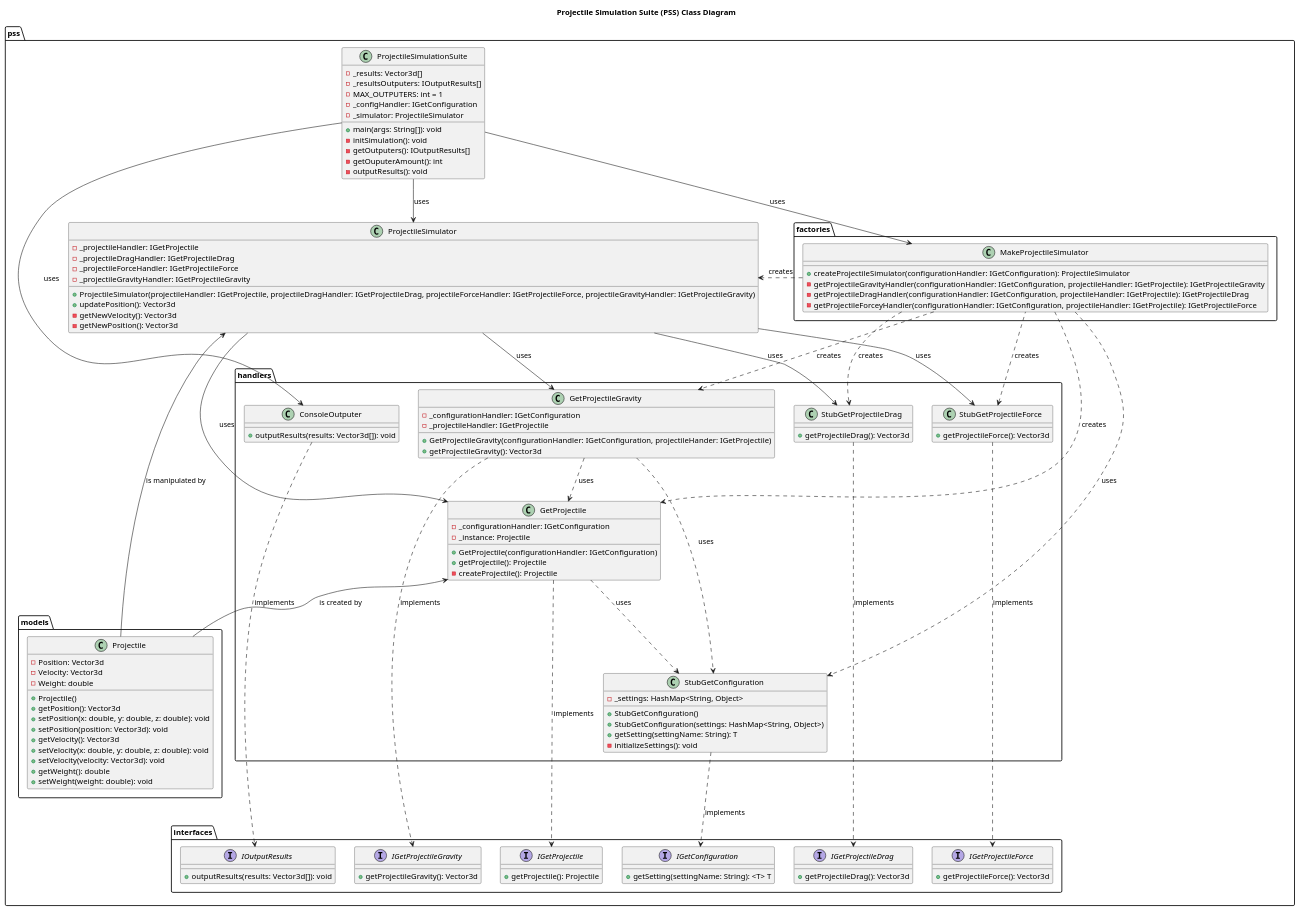
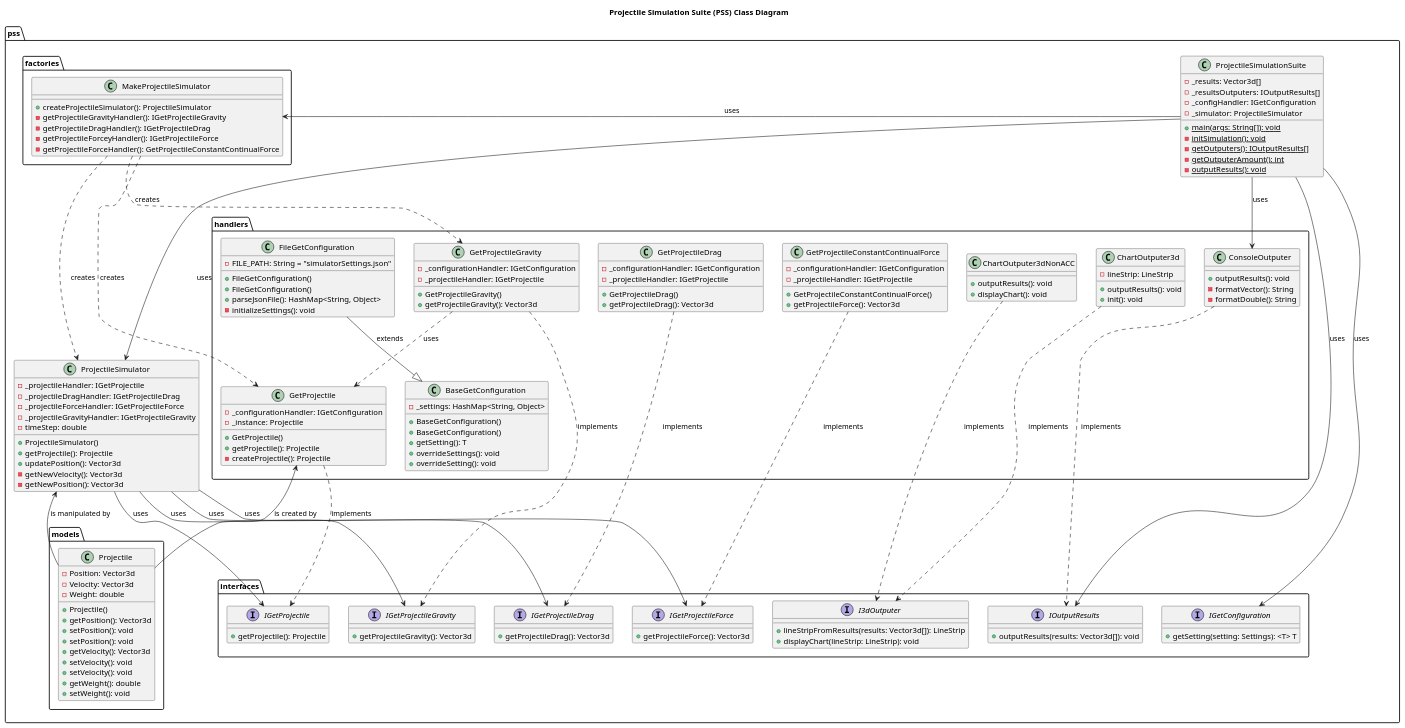
Before and after one commit to katanallama/projectile-simulation-suite: the eighth of 8 diagrams in docs/res/design.org, drawn with PlantUML. The commit also changed other lines of this file and 12 other files, not shown here.

```diff
--- a/docs/res/design.org
+++ b/docs/res/design.org
@@ -207,32 +348,7 @@
 #+begin_src plantuml :file suite.png
 @startuml
+
 title Projectile Simulation Suite (PSS) Class Diagram
-
-package pss.interfaces {
-    interface "IGetConfiguration" {
-        +getSetting(settingName: String): <T> T
-    }
-
-    interface "IGetProjectile" {
-        +getProjectile(): Projectile
-    }
-
-    interface "IGetProjectileDrag" {
-        +getProjectileDrag(): Vector3d
-    }
-
-    interface "IGetProjectileForce" {
-        +getProjectileForce(): Vector3d
-    }
-
-    interface "IGetProjectileGravity" {
-        +getProjectileGravity(): Vector3d
-    }
-
-    interface "IOutputResults" {
-        +outputResults(results: Vector3d[]): void
-    }
-}
 
 package pss.models {
     class "Projectile" as Projectile {
@@ -241,120 +357,188 @@
         -Weight: double
         +Projectile()
         +getPosition(): Vector3d
-        +setPosition(x: double, y: double, z: double): void
-        +setPosition(position: Vector3d): void
+        +setPosition(): void
+        +setPosition(): void
         +getVelocity(): Vector3d
-        +setVelocity(x: double, y: double, z: double): void
-        +setVelocity(velocity: Vector3d): void
+        +setVelocity(): void
+        +setVelocity(): void
         +getWeight(): double
-        +setWeight(weight: double): void
+        +setWeight(): void
     }
 }
 
 together {
     package pss.factories {
         class "MakeProjectileSimulator" as MakeProjectileSimulator {
-            +createProjectileSimulator(configurationHandler: IGetConfiguration): ProjectileSimulator
-            -getProjectileGravityHandler(configurationHandler: IGetConfiguration, projectileHandler: IGetProjectile): IGetProjectileGravity
-            -getProjectileDragHandler(configurationHandler: IGetConfiguration, projectileHandler: IGetProjectile): IGetProjectileDrag
-            -getProjectileForceyHandler(configurationHandler: IGetConfiguration, projectileHandler: IGetProjectile): IGetProjectileForce
+            +createProjectileSimulator(): ProjectileSimulator
+            -getProjectileGravityHandler(): IGetProjectileGravity
+            -getProjectileDragHandler(): IGetProjectileDrag
+            -getProjectileForceyHandler(): IGetProjectileForce
+            -getProjectileForceHandler(): GetProjectileConstantContinualForce
         }
     }
 
     package pss {
-        class "ProjectileSimulator" as ProjectileSimulator {
-            -_projectileHandler: IGetProjectile
-            -_projectileDragHandler: IGetProjectileDrag
-            -_projectileForceHandler: IGetProjectileForce
-            -_projectileGravityHandler: IGetProjectileGravity
-            +ProjectileSimulator(projectileHandler: IGetProjectile, projectileDragHandler: IGetProjectileDrag, projectileForceHandler: IGetProjectileForce, projectileGravityHandler: IGetProjectileGravity)
-            +updatePosition(): Vector3d
-            -getNewVelocity(): Vector3d
-            -getNewPosition(): Vector3d
-        }
-
         class "ProjectileSimulationSuite" as ProjectileSimulationSuite {
             -_results: Vector3d[]
             -_resultsOutputers: IOutputResults[]
-            -MAX_OUTPUTERS: int = 1
             -_configHandler: IGetConfiguration
             -_simulator: ProjectileSimulator
-            +main(args: String[]): void
-            -initSimulation(): void
-            -getOutputers(): IOutputResults[]
-            -getOuputerAmount(): int
-            -outputResults(): void
+            +{static} main(args: String[]): void
+            -{static} initSimulation(): void
+            -{static} getOutputers(): IOutputResults[]
+            -{static} getOutputerAmount(): int
+            -{static} outputResults(): void
         }
     }
 }
 
-package pss.handlers {
-    class "GetProjectileGravity" as GetProjectileGravity {
-        -_configurationHandler: IGetConfiguration
+package pss {
+    class "ProjectileSimulator" as ProjectileSimulator {
         -_projectileHandler: IGetProjectile
-        +GetProjectileGravity(configurationHandler: IGetConfiguration, projectileHander: IGetProjectile)
-        +getProjectileGravity(): Vector3d
-    }
-
-    class "GetProjectile" as GetProjectile {
-        -_configurationHandler: IGetConfiguration
-        -_instance: Projectile
-        +GetProjectile(configurationHandler: IGetConfiguration)
+        -_projectileDragHandler: IGetProjectileDrag
+        -_projectileForceHandler: IGetProjectileForce
+        -_projectileGravityHandler: IGetProjectileGravity
+        -timeStep: double
+        +ProjectileSimulator()
         +getProjectile(): Projectile
-        -createProjectile(): Projectile
-    }
-
-    class "StubGetConfiguration" as StubGetConfiguration {
-        -_settings: HashMap<String, Object>
-        +StubGetConfiguration()
-        +StubGetConfiguration(settings: HashMap<String, Object>)
-        +getSetting(settingName: String): T
-        -initializeSettings(): void
-    }
-    class "StubGetProjectileDrag" {
-        +getProjectileDrag(): Vector3d
-    }
-    class "StubGetProjectileForce" {
-        +getProjectileForce(): Vector3d
-    }
-    class "ConsoleOutputer" {
-        +outputResults(results: Vector3d[]): void
+        +updatePosition(): Vector3d
+        -getNewVelocity(): Vector3d
+        -getNewPosition(): Vector3d
     }
 }
 
 
-IGetProjectileDrag <.up. StubGetProjectileDrag: implements
-IGetProjectileForce <.up. StubGetProjectileForce: implements
-IGetConfiguration <.up. StubGetConfiguration: implements
+together {
+    package pss.handlers {
+        class "ConsoleOutputer" as ConsoleOutputer {
+            +outputResults(): void
+            -formatVector(): String
+            -formatDouble(): String
+        }
+
+        class "GetProjectileGravity" as GetProjectileGravity {
+            -_configurationHandler: IGetConfiguration
+            -_projectileHandler: IGetProjectile
+            +GetProjectileGravity()
+            +getProjectileGravity(): Vector3d
+        }
+
+        class "GetProjectile" as GetProjectile {
+            -_configurationHandler: IGetConfiguration
+            -_instance: Projectile
+            +GetProjectile()
+            +getProjectile(): Projectile
+            -createProjectile(): Projectile
+        }
+
+        class "ChartOutputer3d" as ChartOutputer3d {
+            -lineStrip: LineStrip
+            +outputResults(): void
+            +init(): void
+        }
+
+        class "ChartOutputer3dNonACC" as ChartOutputer3dNonACC {
+            +outputResults(): void
+            +displayChart(): void
+        }
+
+
+        class "GetProjectileConstantContinualForce" as GetProjectileConstantContinualForce {
+            -_configurationHandler: IGetConfiguration
+            -_projectileHandler: IGetProjectile
+            +GetProjectileConstantContinualForce()
+            +getProjectileForce(): Vector3d
+        }
+
+        class "GetProjectileDrag" as GetProjectileDrag {
+            -_configurationHandler: IGetConfiguration
+            -_projectileHandler: IGetProjectile
+            +GetProjectileDrag()
+            +getProjectileDrag(): Vector3d
+        }
+
+        class "BaseGetConfiguration" {
+            -_settings: HashMap<String, Object>
+            +BaseGetConfiguration()
+            +BaseGetConfiguration()
+            +getSetting(): T
+            +overrideSettings(): void
+            +overrideSetting(): void
+        }
+
+        class "FileGetConfiguration" {
+            -FILE_PATH: String = "simulatorSettings.json"
+            +FileGetConfiguration()
+            +FileGetConfiguration()
+            +parseJsonFile(): HashMap<String, Object>
+            -initializeSettings(): void
+        }
+
+    }
+
+    package pss.interfaces {
+        interface "IGetConfiguration" {
+            +getSetting(setting: Settings): <T> T
+        }
+
+        interface "IGetProjectile" {
+            +getProjectile(): Projectile
+        }
+
+        interface "IGetProjectileDrag" {
+            +getProjectileDrag(): Vector3d
+        }
+
+        interface "IGetProjectileForce" {
+            +getProjectileForce(): Vector3d
+        }
+
+        interface "IGetProjectileGravity" {
+            +getProjectileGravity(): Vector3d
+        }
+
+        interface "IOutputResults" {
+            +outputResults(results: Vector3d[]): void
+        }
+
+        interface "I3dOutputer" as I3dOutputer {
+            +lineStripFromResults(results: Vector3d[]): LineStrip
+            +displayChart(lineStrip: LineStrip): void
+        }
+    }
+}
+
+BaseGetConfiguration <|-up- FileGetConfiguration: extends
+
+IGetProjectileForce <.up. GetProjectileConstantContinualForce: implements
+IGetProjectileDrag <.up. GetProjectileDrag: implements
 IGetProjectile <.up. GetProjectile: implements
 IGetProjectileGravity <.up. GetProjectileGravity: implements
+
 IOutputResults <.up. ConsoleOutputer: implements
+I3dOutputer <.up. ChartOutputer3d: implements
+I3dOutputer <.up. ChartOutputer3dNonACC: implements
 
-ProjectileSimulator --> GetProjectile: uses
-ProjectileSimulator --> GetProjectileGravity: uses
-ProjectileSimulator --> StubGetProjectileForce: uses
-ProjectileSimulator --> StubGetProjectileDrag: uses
+ProjectileSimulator --> IGetProjectile : uses
+ProjectileSimulator --> IGetProjectileDrag : uses
+ProjectileSimulator --> IGetProjectileForce : uses
+ProjectileSimulator --> IGetProjectileGravity : uses
 
-GetProjectileGravity ..> StubGetConfiguration: uses
 GetProjectileGravity ..> GetProjectile: uses
-GetProjectile ..> StubGetConfiguration: uses
-
-MakeProjectileSimulator ..> ProjectileSimulator: creates
-MakeProjectileSimulator ..> StubGetConfiguration: uses
-MakeProjectileSimulator ..> GetProjectile: creates
-MakeProjectileSimulator ..> GetProjectileGravity: creates
-MakeProjectileSimulator ..> StubGetProjectileDrag: creates
-MakeProjectileSimulator .up.> StubGetProjectileForce: creates
-
-/'
- ' ProjectileSimulationSuite -- MakeProjectileSimulator: uses
- '/
-MakeProjectileSimulator <-left- ProjectileSimulationSuite: uses
-ProjectileSimulationSuite --> ProjectileSimulator: uses
-ProjectileSimulationSuite --> ConsoleOutputer: uses
-
 Projectile -up-> GetProjectile: is created by
 Projectile -right-> ProjectileSimulator: is manipulated by
 
+MakeProjectileSimulator ..> ProjectileSimulator: creates
+MakeProjectileSimulator ..> GetProjectile: creates
+MakeProjectileSimulator ..> GetProjectileGravity: creates
+
+MakeProjectileSimulator <-left- ProjectileSimulationSuite: uses
+
+ProjectileSimulationSuite --> ProjectileSimulator: uses
+ProjectileSimulationSuite --> ConsoleOutputer: uses
+ProjectileSimulationSuite --> IGetConfiguration: uses
+ProjectileSimulationSuite --> IOutputResults: uses
+
 @enduml
 #+end_src
```
